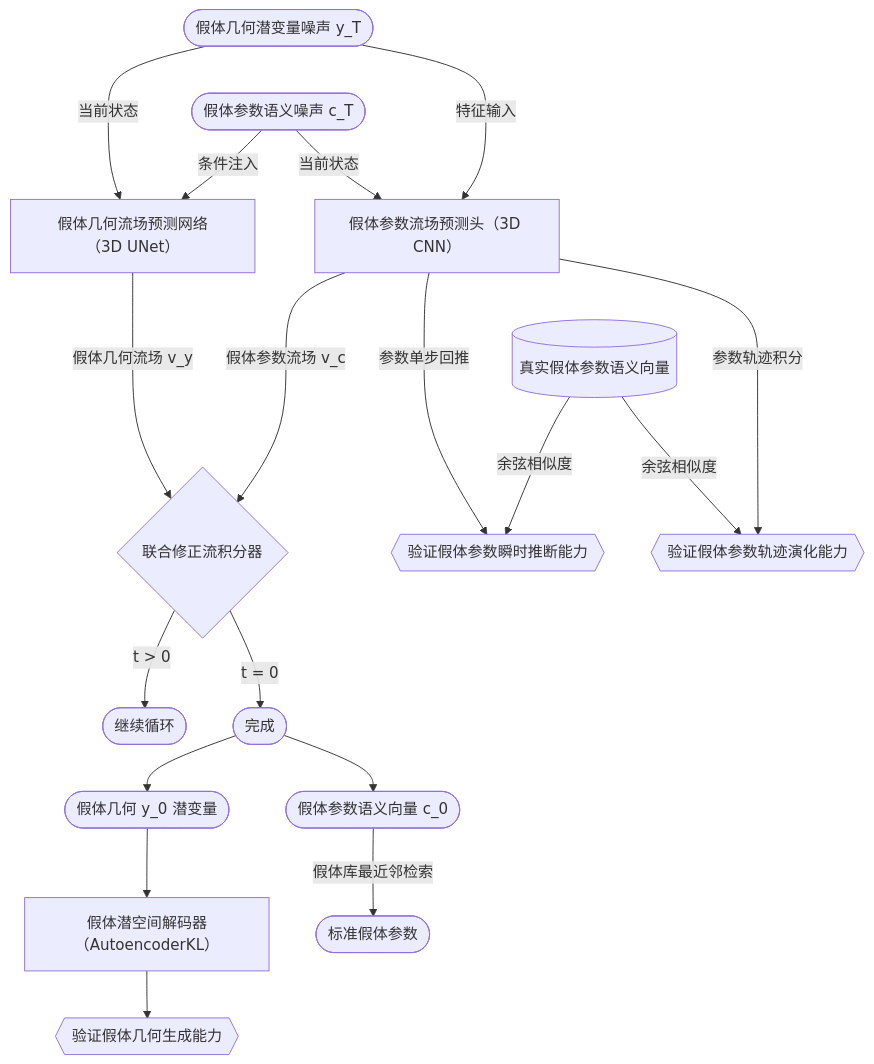
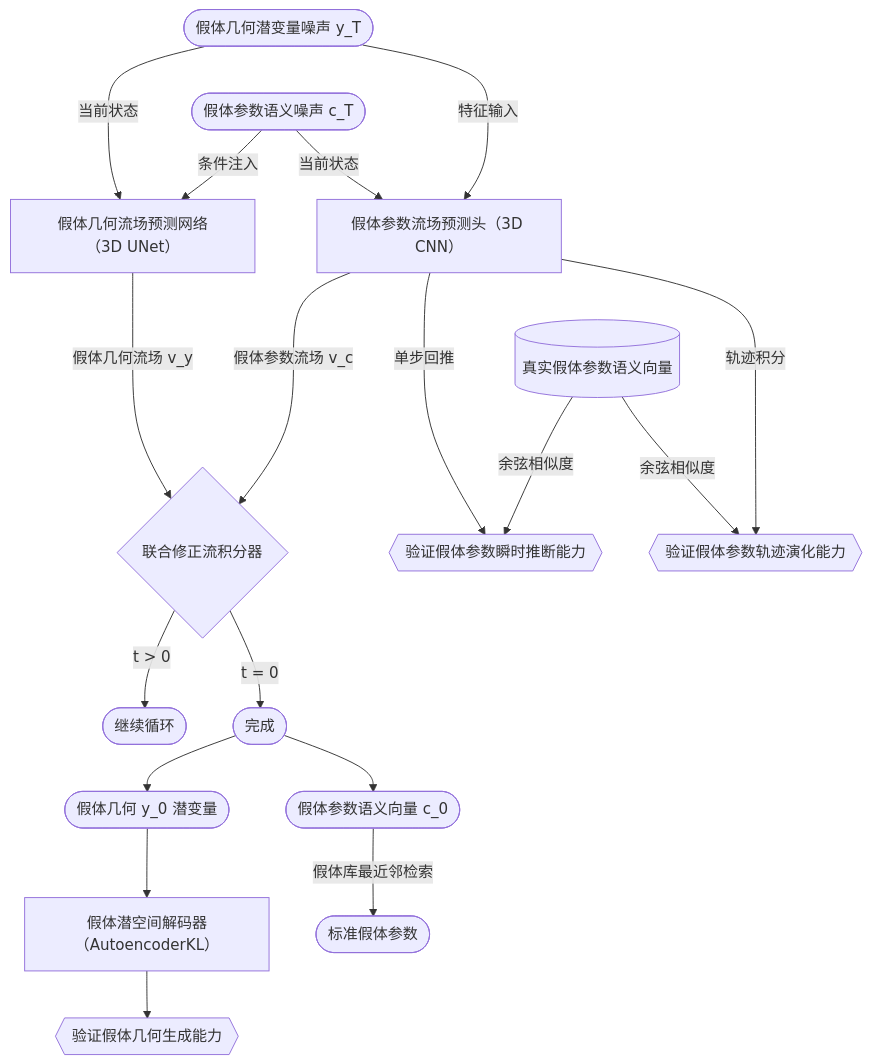
One commit to doidio/nonahip changed the second of 4 diagrams in README.md. Above: the diagram before and after it, drawn with Mermaid.

````diff
--- a/README.md
+++ b/README.md
@@ -115,59 +115,59 @@
 ```mermaid
 flowchart TB  
   %% 初始噪声
   z_impl_T([假体几何潜变量噪声 y_T])
   c_T([假体参数语义噪声 c_T])
 
   %% 网络模块
   geom_flow[假体几何流场预测网络（3D UNet）]
   param_flow[假体参数流场预测头（3D CNN）]
   
   %% 联合积分
   flow_solver{联合修正流积分器}
   
   %% 跨模态耦合
   z_impl_T --->|当前状态| geom_flow
   c_T -->|当前状态| param_flow
   
   z_impl_T --->|特征输入| param_flow
   c_T -->|条件注入| geom_flow
 
   %% 流场求解
   geom_flow --->|假体几何流场 v_y| flow_solver
   param_flow --->|假体参数流场 v_c| flow_solver
 
   %% 积分过程
   loop_cont([继续循环])
   flow_solver -->|t > 0| loop_cont
 
   loop_exit([完成])
   flow_solver -->|t = 0| loop_exit
 
   %% 结果输出与解码
   z_impl_0([假体几何 y_0 潜变量])
   c_0([假体参数语义向量 c_0])
 
   loop_exit --> z_impl_0
   loop_exit --> c_0
 
   impl_decoder[假体潜空间解码器（AutoencoderKL）]
   geom_eval{{验证假体几何生成能力}}
   std_param([标准假体参数])
 
   z_impl_0 --> impl_decoder --> geom_eval
   c_0 -->|假体库最近邻检索| std_param
 
   %% 真实参数对照
   c_gt[(真实假体参数语义向量)]
 
   param_eval_v{{验证假体参数瞬时推断能力}}
   param_eval_vt{{验证假体参数轨迹演化能力}}
 
   %% 参数预测头评估
-  param_flow --->|参数单步回推| param_eval_v
+  param_flow --->|单步回推| param_eval_v
   
   c_gt -->|余弦相似度| param_eval_vt
   c_gt -->|余弦相似度| param_eval_v
   
-  param_flow --->|参数轨迹积分| param_eval_vt
+  param_flow --->|轨迹积分| param_eval_vt
 ```
````
